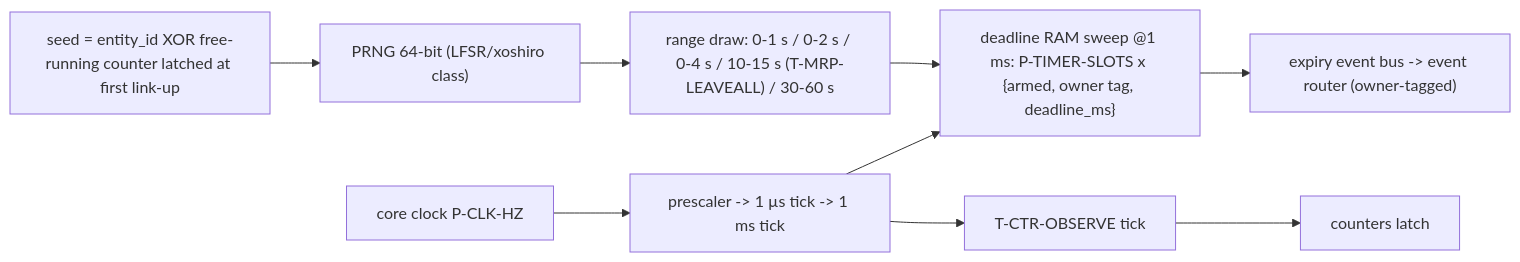
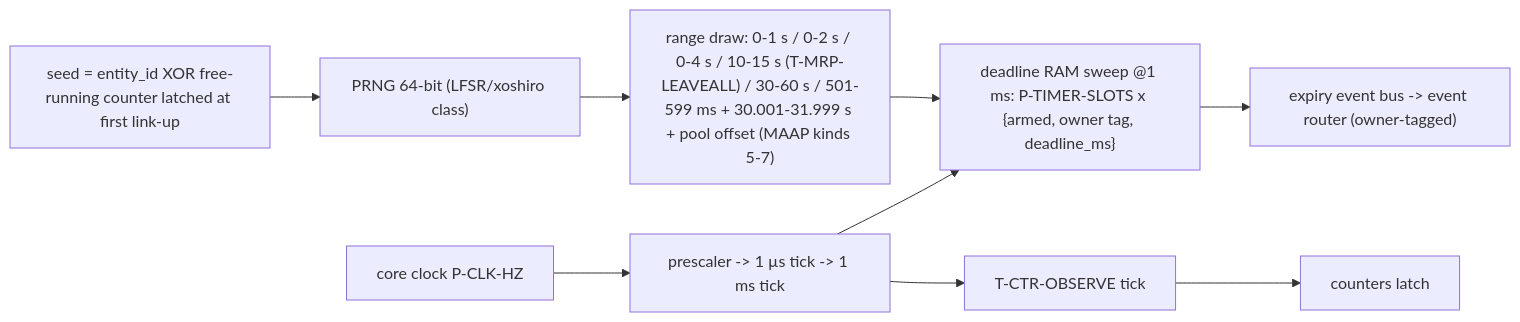
One commit to Mister-M-alt/protocol-processor-control-plane-avb-milan changed the diagram in docs/architecture/08_timing.md. Above: the diagram before and after it, drawn with Mermaid. The commit also changed other lines of this file and 26 other files, not shown here.

````diff
--- a/docs/architecture/08_timing.md
+++ b/docs/architecture/08_timing.md
@@ -52,11 +54,11 @@
 ```mermaid
 flowchart LR
   clk["core clock P-CLK-HZ"] --> ps["prescaler -> 1 µs tick -> 1 ms tick"]
   ps --> ramsweep["deadline RAM sweep @1 ms: P-TIMER-SLOTS x {armed, owner tag, deadline_ms}"]
   ramsweep --> evb["expiry event bus -> event router (owner-tagged)"]
-  prng["PRNG 64-bit (LFSR/xoshiro class)"] --> draw["range draw: 0-1 s / 0-2 s / 0-4 s / 10-15 s (T-MRP-LEAVEALL) / 30-60 s"]
+  prng["PRNG 64-bit (LFSR/xoshiro class)"] --> draw["range draw: 0-1 s / 0-2 s / 0-4 s / 10-15 s (T-MRP-LEAVEALL) / 30-60 s / 501-599 ms + 30.001-31.999 s + pool offset (MAAP kinds 5-7)"]
   seed["seed = entity_id XOR free-running counter latched at first link-up"] --> prng
   draw --> ramsweep
   obs["T-CTR-OBSERVE tick"] --> ctrs["counters latch"]
   ps --> obs
 ```
````
